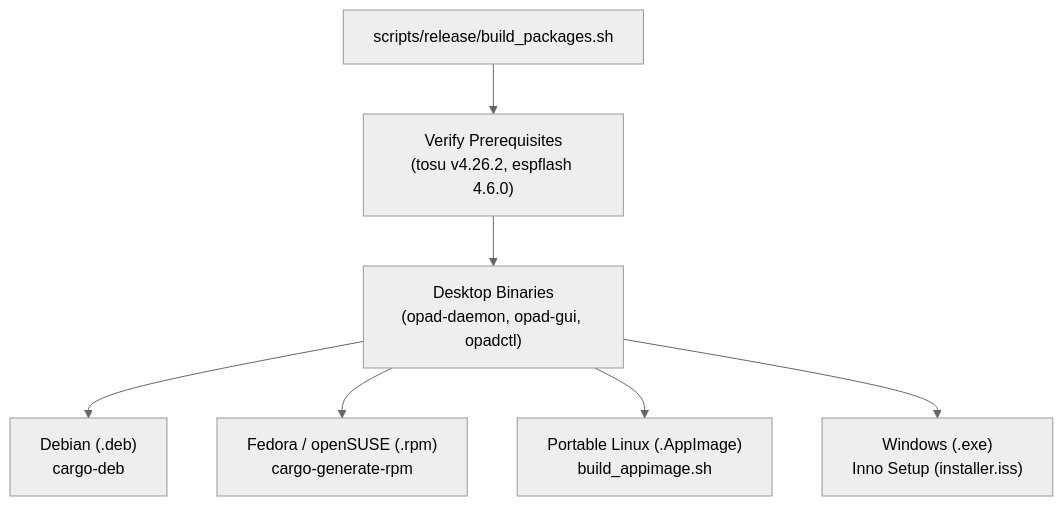
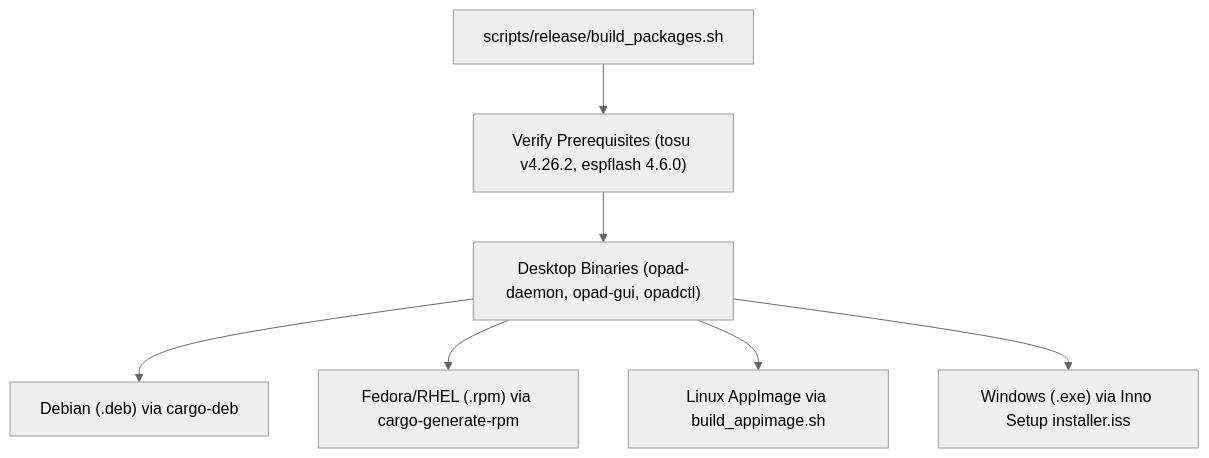
The diagram in docs/develop/packaging.md (OPad-dev/OPad), drawn with Mermaid (neutral theme) before and after one commit. The commit also changed other lines of this file and 1 other file, not shown here.

````diff
--- a/docs/develop/packaging.md
+++ b/docs/develop/packaging.md
@@ -22,9 +10,9 @@
 ```mermaid
 flowchart TD
-    Build["scripts/release/build_packages.sh"] --> PreReq["Verify Prerequisites\n(tosu v4.26.2, espflash 4.6.0)"]
-    PreReq --> Binaries["Desktop Binaries\n(opad-daemon, opad-gui, opadctl)"]
-    Binaries --> DEB["Debian (.deb)\ncargo-deb"]
-    Binaries --> RPM["Fedora / openSUSE (.rpm)\ncargo-generate-rpm"]
-    Binaries --> AppImage["Portable Linux (.AppImage)\nbuild_appimage.sh"]
-    Binaries --> Windows["Windows (.exe)\nInno Setup (installer.iss)"]
+    Build["scripts/release/build_packages.sh"] --> PreReq["Verify Prerequisites (tosu v4.26.2, espflash 4.6.0)"]
+    PreReq --> Binaries["Desktop Binaries (opad-daemon, opad-gui, opadctl)"]
+    Binaries --> DEB["Debian (.deb) via cargo-deb"]
+    Binaries --> RPM["Fedora/RHEL (.rpm) via cargo-generate-rpm"]
+    Binaries --> AppImage["Linux AppImage via build_appimage.sh"]
+    Binaries --> Windows["Windows (.exe) via Inno Setup installer.iss"]
 ```
````
